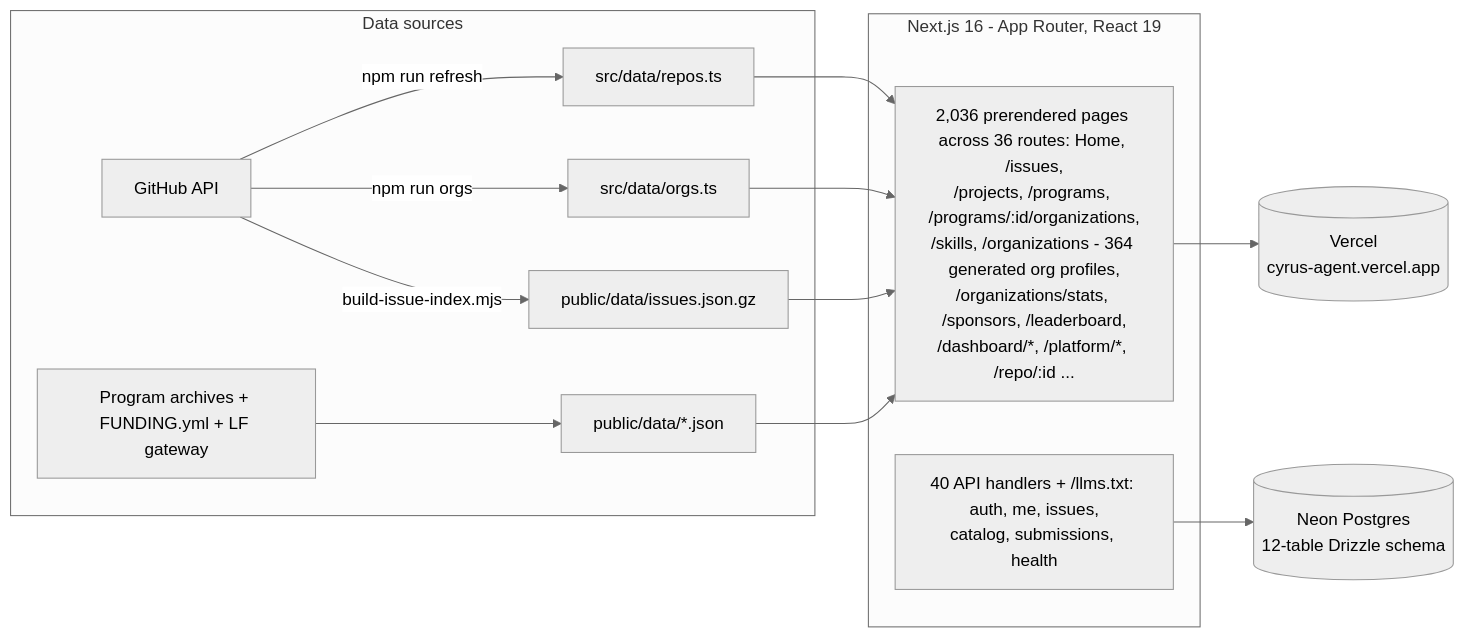
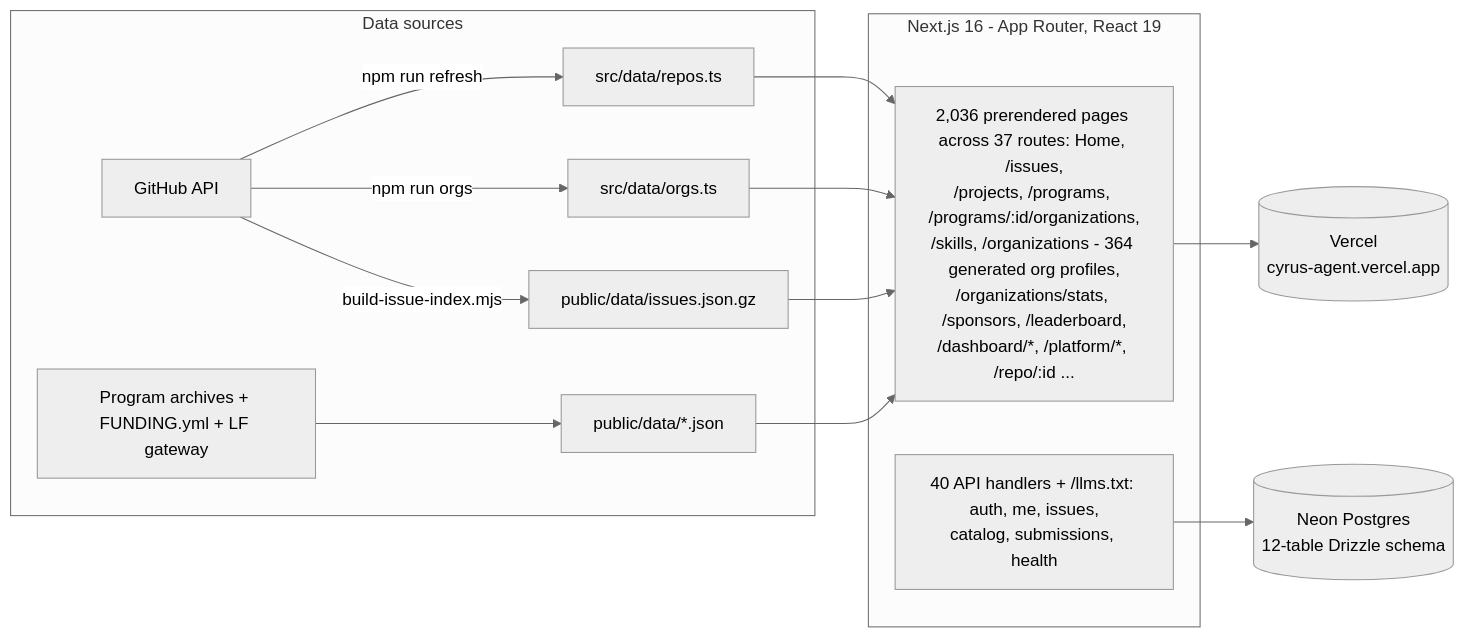
One commit to adityalenova/cyrus changed the second of 2 diagrams in README.md. Above: the diagram before and after it, drawn with Mermaid (neutral theme). The commit also changed other lines of this file and 6 other files, not shown here.

````diff
--- a/README.md
+++ b/README.md
@@ -352,15 +352,15 @@
 ```mermaid
 flowchart LR
     subgraph sources [Data sources]
         GH[GitHub API] -->|npm run refresh| D1[src/data/repos.ts]
         GH -->|npm run orgs| D2[src/data/orgs.ts]
         GH -->|build-issue-index.mjs| D3[public/data/issues.json.gz]
         SOC[Program archives + FUNDING.yml + LF gateway] --> D4[public/data/*.json]
     end
     subgraph app [Next.js 16 - App Router, React 19]
-        D1 & D2 & D3 & D4 --> PAGES[2,036 prerendered pages across 36 routes: Home, /issues,<br/>/projects, /programs, /programs/:id/organizations,<br/>/skills, /organizations - 364 generated org profiles,<br/>/organizations/stats, /sponsors, /leaderboard,<br/>/dashboard/*, /platform/*, /repo/:id ...]
+        D1 & D2 & D3 & D4 --> PAGES[2,036 prerendered pages across 37 routes: Home, /issues,<br/>/projects, /programs, /programs/:id/organizations,<br/>/skills, /organizations - 364 generated org profiles,<br/>/organizations/stats, /sponsors, /leaderboard,<br/>/dashboard/*, /platform/*, /repo/:id ...]
         API[40 API handlers + /llms.txt: auth, me, issues,<br/>catalog, submissions, health]
     end
     PAGES --> V[(Vercel<br/>cyrus-agent.vercel.app)]
     API --> DB[(Neon Postgres<br/>12-table Drizzle schema)]
 ```
````
